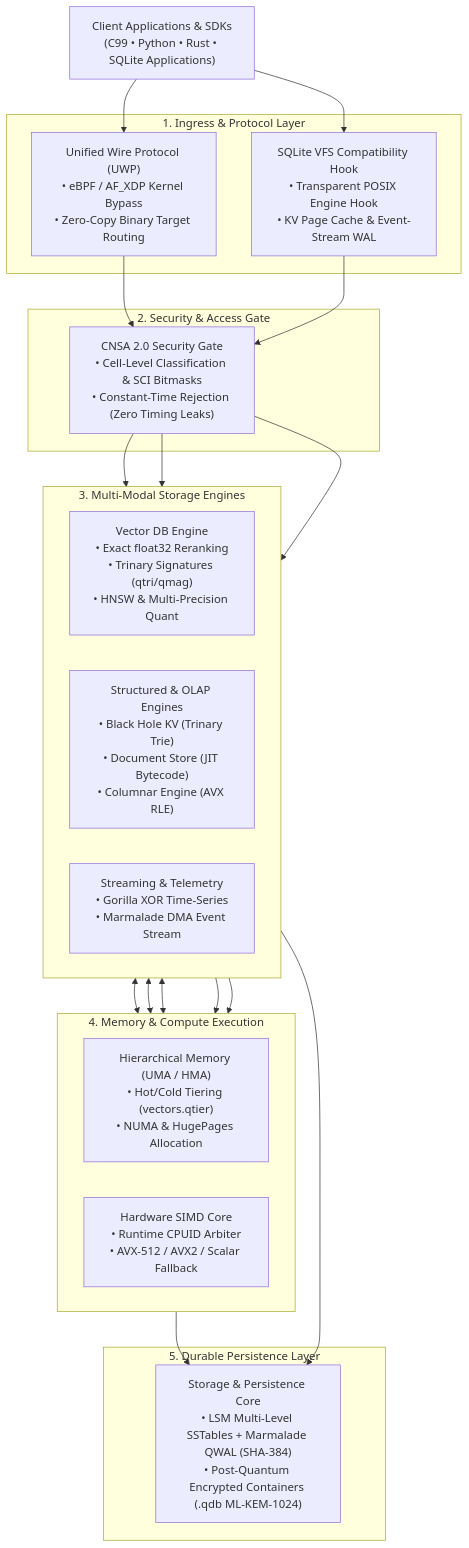
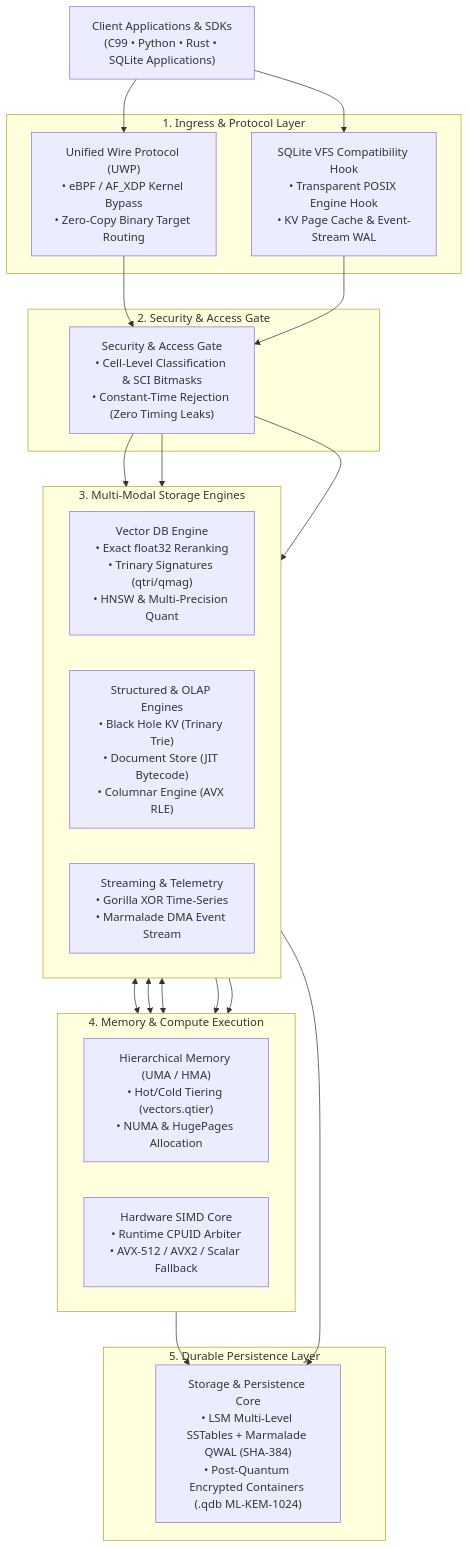
One commit to SWORDIntel/QIHSE changed the diagram in README.md. Above: the diagram before and after it, drawn with Mermaid. The commit also changed other lines of this file and 32 other files, not shown here.

````diff
--- a/README.md
+++ b/README.md
@@ -92,50 +104,50 @@
 ```mermaid
 flowchart TB
     CLIENT["Client Applications & SDKs<br/>(C99 • Python • Rust • SQLite Applications)"]
 
     subgraph INGRESS["1. Ingress & Protocol Layer"]
         UWP["Unified Wire Protocol (UWP)<br/>• eBPF / AF_XDP Kernel Bypass<br/>• Zero-Copy Binary Target Routing"]
         VFS_HOOK["SQLite VFS Compatibility Hook<br/>• Transparent POSIX Engine Hook<br/>• KV Page Cache & Event-Stream WAL"]
     end
 
     CLIENT --> UWP
     CLIENT --> VFS_HOOK
 
     subgraph SECURITY["2. Security & Access Gate"]
-        AUTH["CNSA 2.0 Security Gate<br/>• Cell-Level Classification & SCI Bitmasks<br/>• Constant-Time Rejection (Zero Timing Leaks)"]
+        AUTH["Security & Access Gate<br/>• Cell-Level Classification & SCI Bitmasks<br/>• Constant-Time Rejection (Zero Timing Leaks)"]
     end
 
     UWP --> AUTH
     VFS_HOOK --> AUTH
 
     subgraph STORAGE["3. Multi-Modal Storage Engines"]
         direction LR
         VEC["Vector DB Engine<br/>• Exact float32 Reranking<br/>• Trinary Signatures (qtri/qmag)<br/>• HNSW & Multi-Precision Quant"]
         REL["Structured & OLAP Engines<br/>• Black Hole KV (Trinary Trie)<br/>• Document Store (JIT Bytecode)<br/>• Columnar Engine (AVX RLE)"]
         STREAM["Streaming & Telemetry<br/>• Gorilla XOR Time-Series<br/>• Marmalade DMA Event Stream"]
     end
 
     AUTH --> VEC
     AUTH --> REL
     AUTH --> STREAM
 
     subgraph EXECUTION["4. Memory & Compute Execution"]
         direction LR
         MEM["Hierarchical Memory (UMA / HMA)<br/>• Hot/Cold Tiering (vectors.qtier)<br/>• NUMA & HugePages Allocation"]
         SIMD["Hardware SIMD Core<br/>• Runtime CPUID Arbiter<br/>• AVX-512 / AVX2 / Scalar Fallback"]
     end
 
     VEC <--> MEM
     REL <--> MEM
     STREAM <--> MEM
 
     VEC --> SIMD
     REL --> SIMD
 
     subgraph PERSIST["5. Durable Persistence Layer"]
         DISK["Storage & Persistence Core<br/>• LSM Multi-Level SSTables + Marmalade QWAL (SHA-384)<br/>• Post-Quantum Encrypted Containers (.qdb ML-KEM-1024)"]
     end
 
     MEM --> DISK
     STREAM --> DISK
 ```
````
